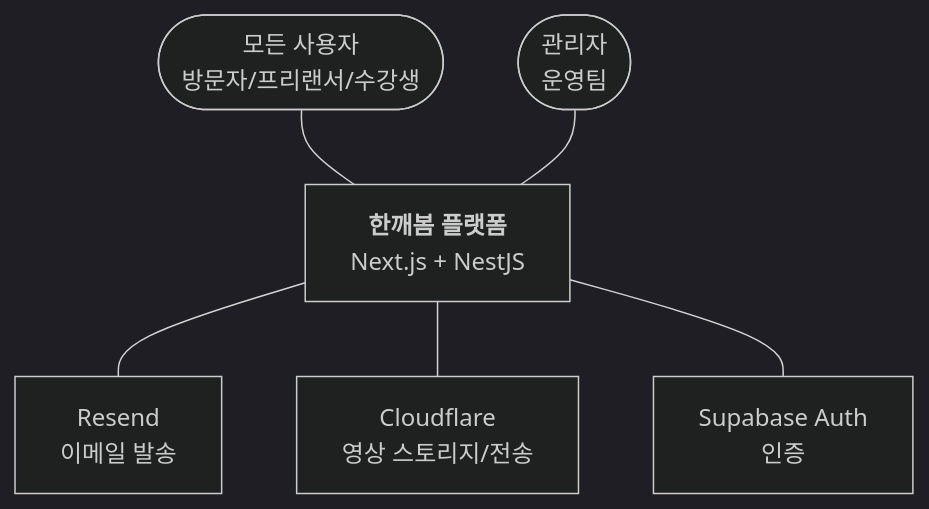
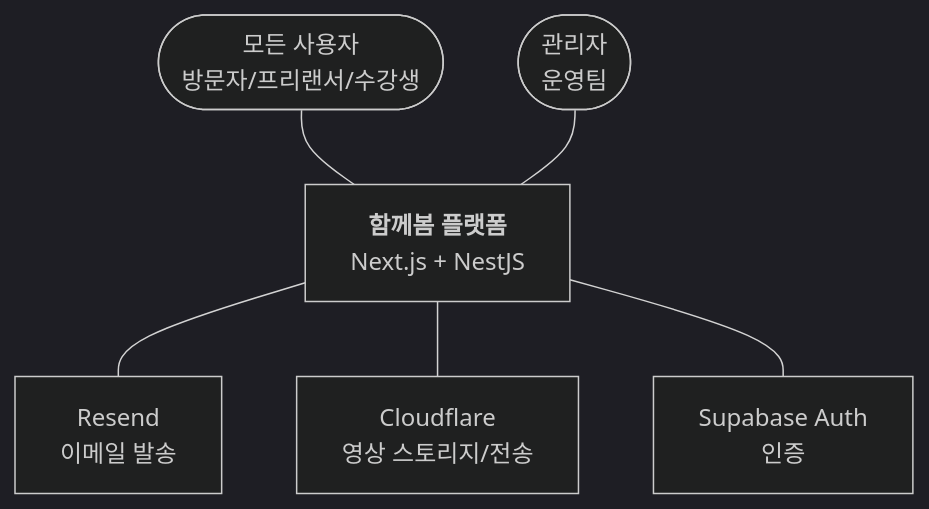
The first of 3 diagrams in docs/02-architecture/C4_DIAGRAMS.md (hamkkebom/Ask-the-Stars), drawn with Mermaid (dark theme) before and after one commit. The commit also changed other lines of this file and 400 other files, not shown here.

````diff
--- a/docs/02-architecture/C4_DIAGRAMS.md
+++ b/docs/02-architecture/C4_DIAGRAMS.md
@@ -14,9 +14,9 @@
 ```mermaid
 graph TD
-    User([모든 사용자\n방문자/프리랜서/수강생]) --- Hankaebom[<b>한깨봄 플랫폼</b>\nNext.js + NestJS]
-    Admin([관리자\n운영팀]) --- Hankaebom
+    User([모든 사용자\n방문자/프리랜서/수강생]) --- Hamkkebom[<b>함께봄 플랫폼</b>\nNext.js + NestJS]
+    Admin([관리자\n운영팀]) --- Hamkkebom
     
-    Hankaebom --- Email[Resend\n이메일 발송]
-    Hankaebom --- Storage[Cloudflare\n영상 스토리지/전송]
-    Hankaebom --- Auth[Supabase Auth\n인증]
+    Hamkkebom --- Email[Resend\n이메일 발송]
+    Hamkkebom --- Storage[Cloudflare\n영상 스토리지/전송]
+    Hamkkebom --- Auth[Supabase Auth\n인증]
 ```
````
